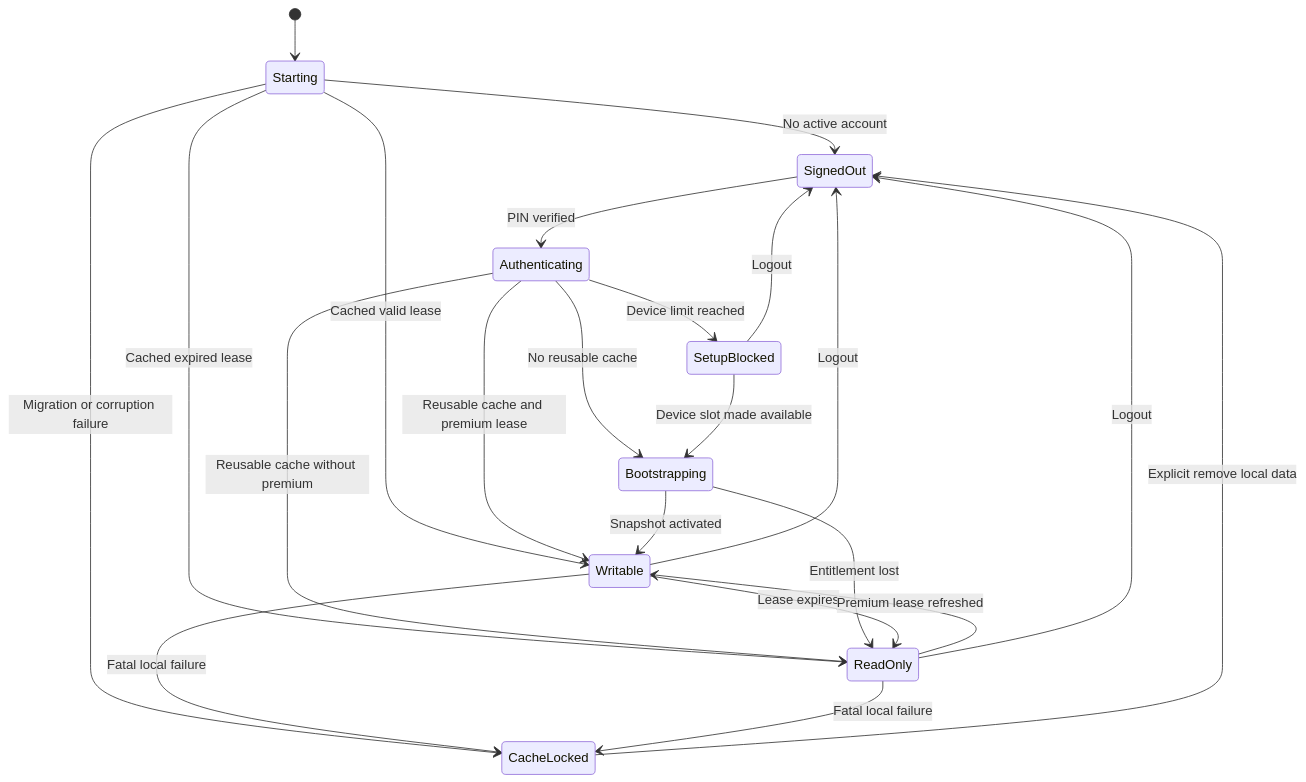
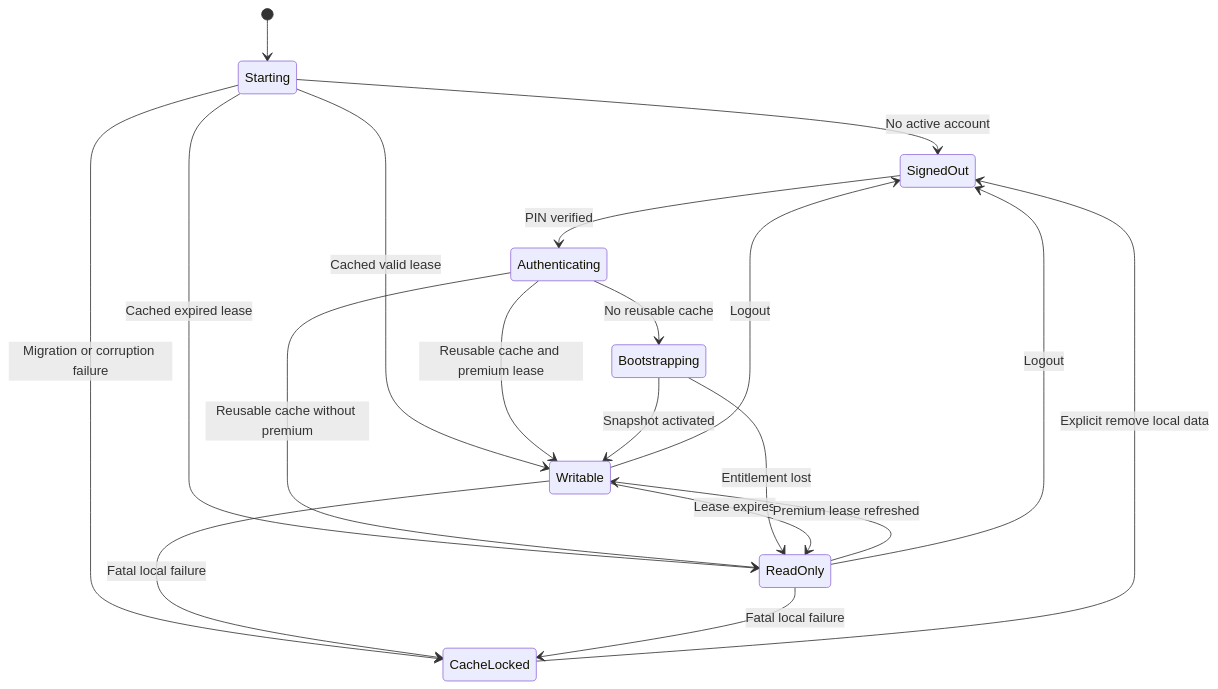
One commit to PikaPikaGems/kanji-heatmap changed the second of 4 diagrams in docs/notes/STUDY-ENGINE-BRAINSTORM/STUDY-ENGINE-DESIGN/CONTRACT-AND-LIFECYCLE.md. Above: the diagram before and after it, drawn with Mermaid. The commit also changed other lines of this file and 7 other files, not shown here.

First line of the commit message:
Drop device cap and prepareLogout, resolve note merge byte ceiling

````diff
--- a/docs/notes/STUDY-ENGINE-BRAINSTORM/STUDY-ENGINE-DESIGN/CONTRACT-AND-LIFECYCLE.md
+++ b/docs/notes/STUDY-ENGINE-BRAINSTORM/STUDY-ENGINE-DESIGN/CONTRACT-AND-LIFECYCLE.md
@@ -568,24 +554,21 @@
 ```mermaid
 stateDiagram-v2
     [*] --> Starting
     Starting --> SignedOut: No active account
     Starting --> Writable: Cached valid lease
     Starting --> ReadOnly: Cached expired lease
     Starting --> CacheLocked: Migration or corruption failure
     SignedOut --> Authenticating: PIN verified
     Authenticating --> Bootstrapping: No reusable cache
-    Authenticating --> SetupBlocked: Device limit reached
     Authenticating --> Writable: Reusable cache and premium lease
     Authenticating --> ReadOnly: Reusable cache without premium
-    SetupBlocked --> Bootstrapping: Device slot made available
-    SetupBlocked --> SignedOut: Logout
     Bootstrapping --> Writable: Snapshot activated
     Bootstrapping --> ReadOnly: Entitlement lost
     Writable --> ReadOnly: Lease expires
     ReadOnly --> Writable: Premium lease refreshed
     Writable --> SignedOut: Logout
     ReadOnly --> SignedOut: Logout
     CacheLocked --> SignedOut: Explicit remove local data
     Writable --> CacheLocked: Fatal local failure
     ReadOnly --> CacheLocked: Fatal local failure
 ```
````
